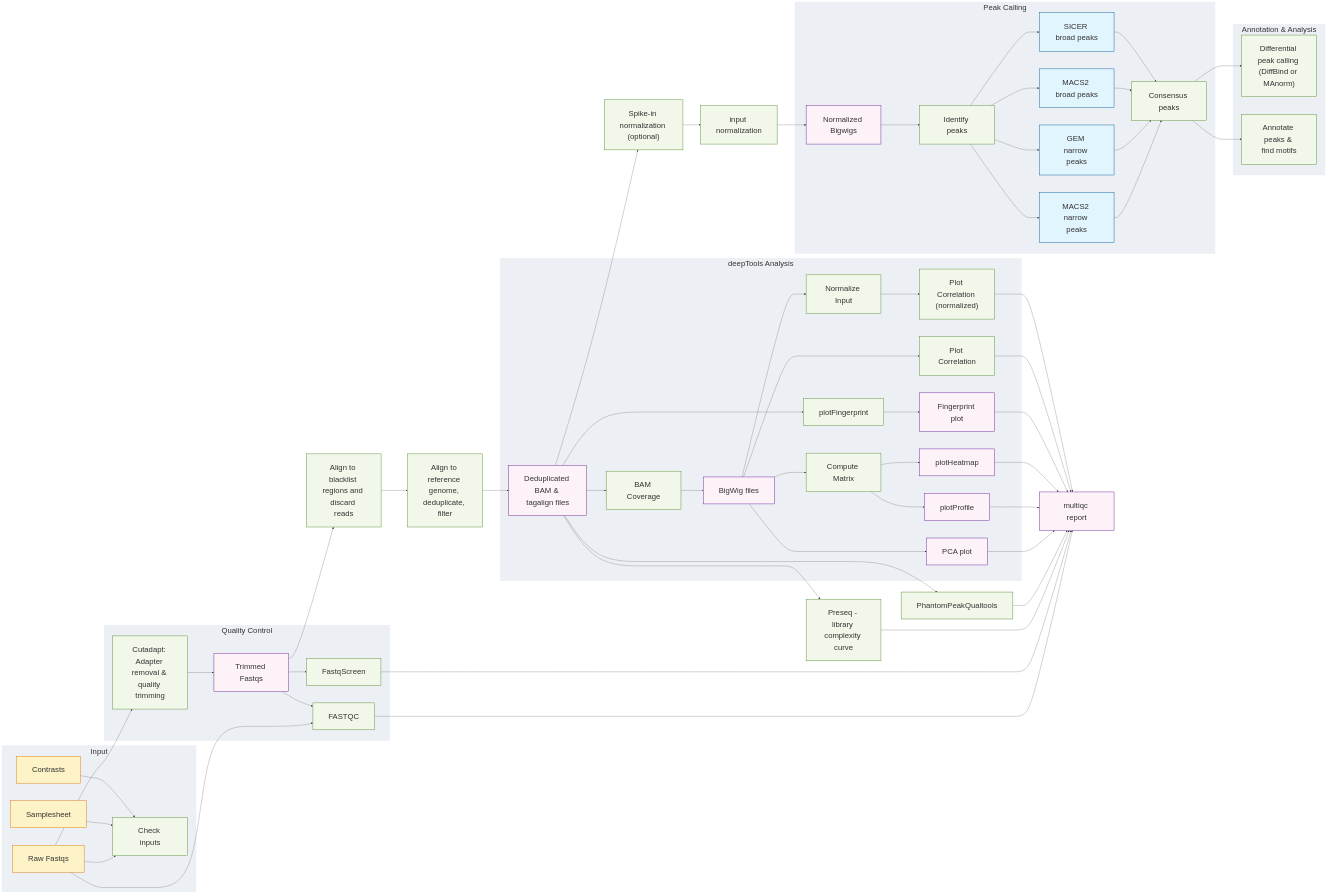
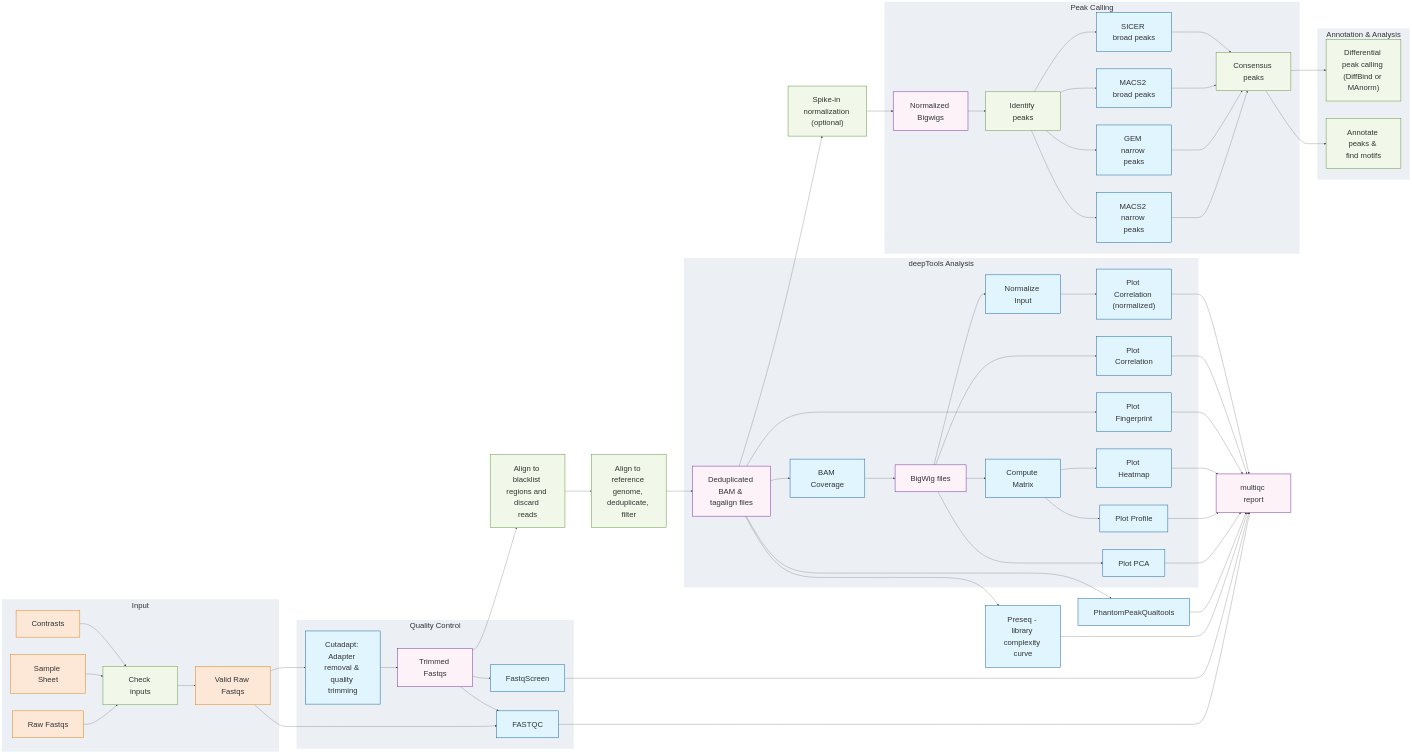
The diagram in docs/diagram/index.md (CCBR/CHAMPAGNE), drawn with Mermaid before and after one commit.

Commit message:
style: colors

```diff
--- a/docs/diagram/index.md
+++ b/docs/diagram/index.md
@@ -13,24 +13,21 @@
 }}}%%
 
   %% Input
-
   subgraph INPUT["Input"]
     Raw["Raw Fastqs"]:::input
-    Samplesheet:::input
-    Contrasts:::input
-    Check["Check inputs"]:::process
-    Raw --> Check
-    Samplesheet --> Check
-    Contrasts --> Check
+    Raw --> Check["Check inputs"]:::process
+    Samplesheet["Sample Sheet"]:::input --> Check
+    Contrasts:::input --> Check
+    Check --> valid_raw["Valid Raw Fastqs"]:::input
   end
 
 
   %% Quality Control
   subgraph QC["Quality Control"]
-    Raw --> Trimming["Cutadapt: Adapter removal & quality trimming"]:::process
+    valid_raw --> Trimming["Cutadapt: Adapter removal & quality trimming"]:::tool
     Trimming --> Trimmed["Trimmed Fastqs"]:::output
-    Trimmed --> fqscreen["FastqScreen"]:::process
-    Raw --> fqc["FASTQC"]:::process
+    Trimmed --> fqscreen["FastqScreen"]:::tool
+    valid_raw --> fqc["FASTQC"]:::tool
     Trimmed --> fqc
   end
   fqc --> MultiQC["multiqc report"]:::output
@@ -42,36 +39,34 @@
   Align --> BAMs["Deduplicated BAM & tagalign files"]:::output
 
   %% Library & Complexity Assessment
-  BAMs --> preseq["Preseq - library complexity curve"]:::process
-  BAMs --> ppqt["PhantomPeakQualtools"]:::process
+  BAMs --> preseq["Preseq - library complexity curve"]:::tool
+  BAMs --> ppqt["PhantomPeakQualtools"]:::tool
   preseq ---> MultiQC
   ppqt --> MultiQC
 
   %% Normalization
-      BAMs --> Spike["Spike-in normalization (optional)"]:::process
-    Spike --> InputNorm["input normalization"]:::process
-    InputNorm --> NormBigwigs["Normalized Bigwigs"]:::output
-
+  BAMs --> Spike["Spike-in normalization (optional)"]:::process
+  Spike --> NormBigwigs["Normalized Bigwigs"]:::output
 
   %% deepTools Analysis
   subgraph DEEPTOOLS["deepTools Analysis"]
-    BAMs --> BAMcov["BAM Coverage"]:::process
+    BAMs --> BAMcov["BAM Coverage"]:::tool
     BAMcov --> Bigwig["BigWig files"]:::output
-    Bigwig --> Normalize["Normalize Input"]:::process
-    Bigwig --> Correlation["Plot Correlation"]:::process
-    Bigwig --> PCA["PCA plot"]:::output
-    Normalize --> CorrelationNorm["Plot Correlation (normalized)"]:::process
-    Bigwig --> Matrix["Compute Matrix"]:::process
-    Matrix --> Profile["plotProfile"]:::output
-    Matrix --> Heatmap["plotHeatmap"]:::output
-    BAMs --> Fingerprint["plotFingerprint"]:::process
-    Fingerprint --> FingerprintPlot["Fingerprint plot"]:::output
+    Bigwig --> Normalize["Normalize Input"]:::tool
+    Bigwig --> Correlation["Plot Correlation"]:::tool
+    Bigwig --> PCA["Plot PCA"]:::tool
+    Normalize --> CorrelationNorm["Plot Correlation (normalized)"]:::tool
+    Bigwig --> Matrix["Compute Matrix"]:::tool
+    Matrix --> Profile["Plot Profile"]:::tool
+    Matrix --> Heatmap["Plot Heatmap"]:::tool
+    BAMs --> Fingerprint["Plot Fingerprint"]:::tool
+
   end
 
   PCA --> MultiQC
   Profile --> MultiQC
   Heatmap --> MultiQC
-  FingerprintPlot --> MultiQC
+  Fingerprint --> MultiQC
   Correlation --> MultiQC
   CorrelationNorm --> MultiQC
 
@@ -95,7 +90,7 @@
   end
 
   %% Styles - Modern sleek theme
-  classDef input fill:#fef3c7,stroke:#d97706,stroke-width:2px;
+  classDef input fill:#fde8d8,stroke:#d97706,stroke-width:2px;
   classDef process fill:#f1f8e9,stroke:#558b2f,stroke-width:2px;
   classDef tool fill:#e1f5fe,stroke:#01579b,stroke-width:2px;
   classDef output fill:#fdf2f8,stroke:#6a1b9a,stroke-width:2px;
```
